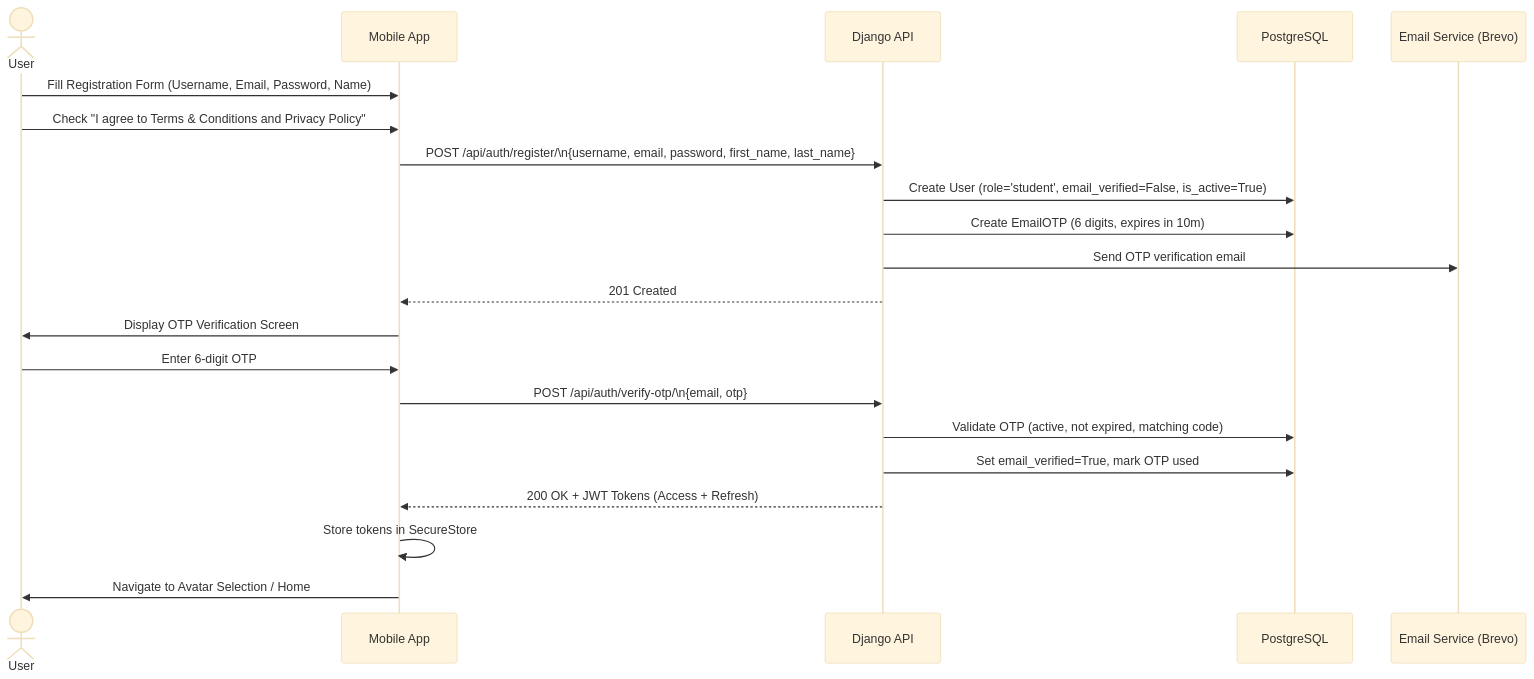
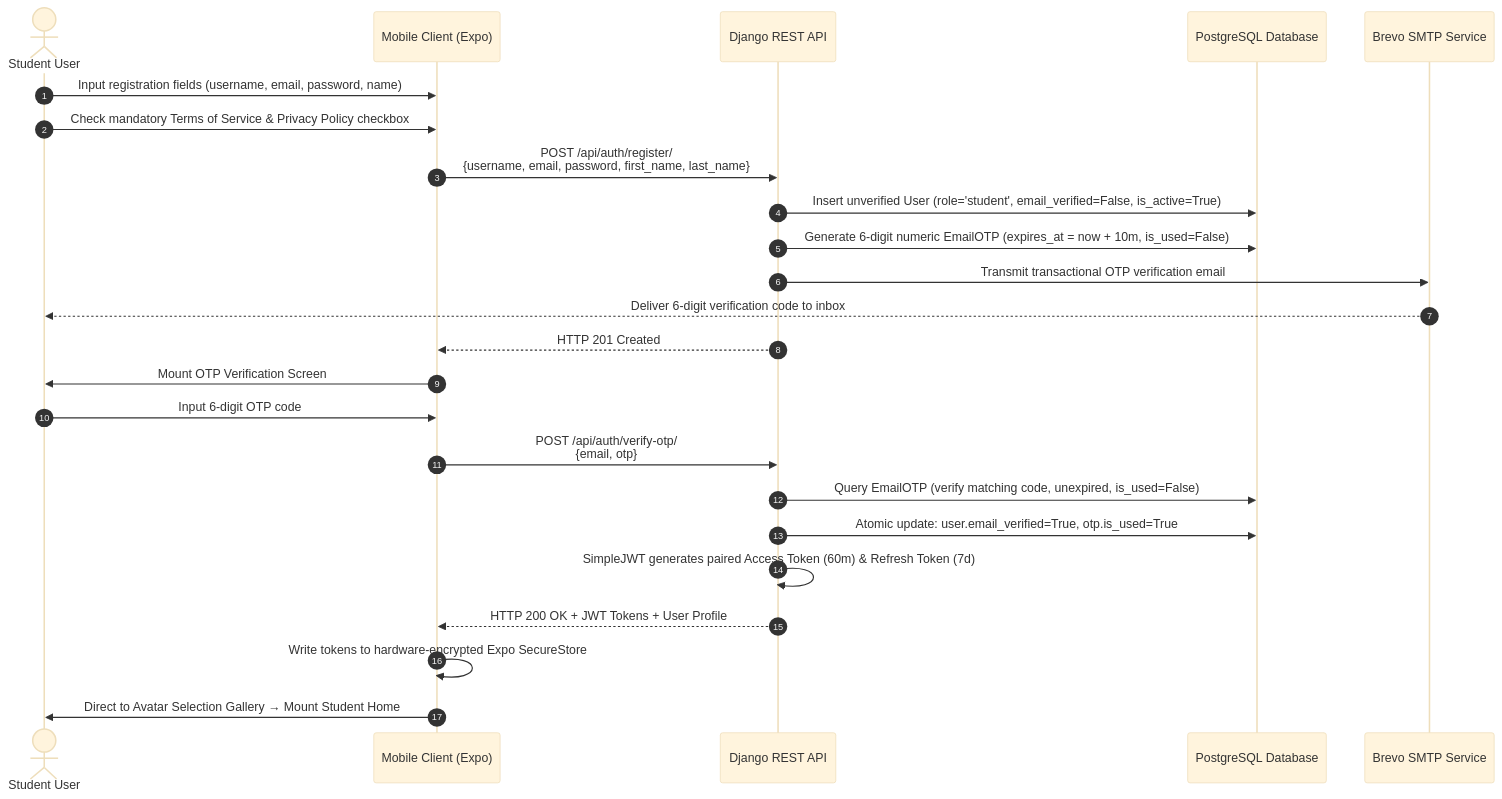
Before and after one commit to Cipher-Syntax/ARQuest: the first of 11 diagrams in data-flow.md, drawn with Mermaid (base theme). The commit also changed other lines of this file and 8 other files, not shown here.

Commit message:
Updated: documentation + diagrams

````diff
--- a/data-flow.md
+++ b/data-flow.md
@@ -10,25 +13,28 @@
 ```mermaid
 sequenceDiagram
-    actor User
-    participant App as Mobile App
-    participant API as Django API
-    participant DB as PostgreSQL
-    participant Email as Email Service (Brevo)
+    autonumber
+    actor Student as Student User
+    participant App as Mobile Client (Expo)
+    participant API as Django REST API
+    participant DB as PostgreSQL Database
+    participant Email as Brevo SMTP Service
 
-    User->>App: Fill Registration Form (Username, Email, Password, Name)
-    User->>App: Check "I agree to Terms & Conditions and Privacy Policy"
-    App->>API: POST /api/auth/register/\n{username, email, password, first_name, last_name}
-    API->>DB: Create User (role='student', email_verified=False, is_active=True)
-    API->>DB: Create EmailOTP (6 digits, expires in 10m)
-    API->>Email: Send OTP verification email
-    API-->>App: 201 Created
-    App->>User: Display OTP Verification Screen
+    Student->>App: Input registration fields (username, email, password, name)
+    Student->>App: Check mandatory Terms of Service & Privacy Policy checkbox
+    App->>API: POST /api/auth/register/<br/>{username, email, password, first_name, last_name}
+    API->>DB: Insert unverified User (role='student', email_verified=False, is_active=True)
+    API->>DB: Generate 6-digit numeric EmailOTP (expires_at = now + 10m, is_used=False)
+    API->>Email: Transmit transactional OTP verification email
+    Email-->>Student: Deliver 6-digit verification code to inbox
+    API-->>App: HTTP 201 Created
+    App->>Student: Mount OTP Verification Screen
 
-    User->>App: Enter 6-digit OTP
-    App->>API: POST /api/auth/verify-otp/\n{email, otp}
-    API->>DB: Validate OTP (active, not expired, matching code)
-    API->>DB: Set email_verified=True, mark OTP used
-    API-->>App: 200 OK + JWT Tokens (Access + Refresh)
-    App->>App: Store tokens in SecureStore
-    App->>User: Navigate to Avatar Selection / Home
+    Student->>App: Input 6-digit OTP code
+    App->>API: POST /api/auth/verify-otp/<br/>{email, otp}
+    API->>DB: Query EmailOTP (verify matching code, unexpired, is_used=False)
+    API->>DB: Atomic update: user.email_verified=True, otp.is_used=True
+    API->>API: SimpleJWT generates paired Access Token (60m) & Refresh Token (7d)
+    API-->>App: HTTP 200 OK + JWT Tokens + User Profile
+    App->>App: Write tokens to hardware-encrypted Expo SecureStore
+    App->>Student: Direct to Avatar Selection Gallery → Mount Student Home
 ```
````
